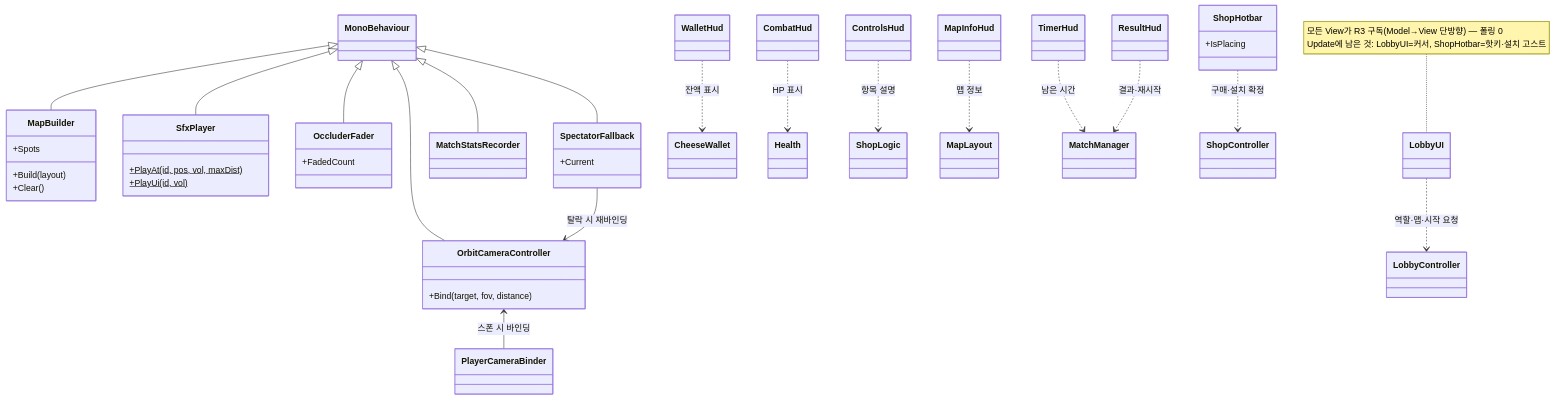
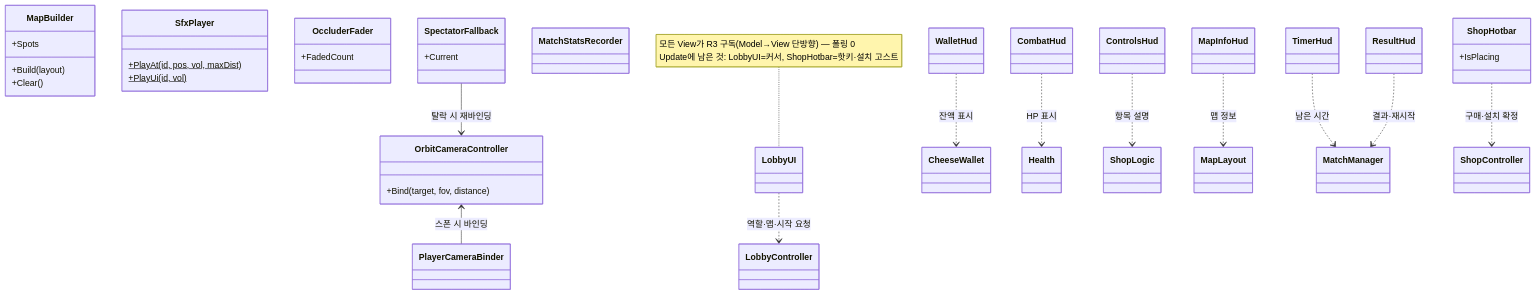
One commit to JeahanPark/The-Cheese-Thief-and-the-Cat changed the seventh of 10 diagrams in CTC/docs/design-vault/코드 다이어그램.md. Above: the diagram before and after it, drawn with Mermaid. The commit also changed other lines of this file and 1 other file, not shown here.

First line of the commit message:
docs(vault): 다이어그램 글자가 작아 안 보이던 문제 — 축소 대신 가로 스크롤

````diff
--- a/CTC/docs/design-vault/코드 다이어그램.md
+++ b/CTC/docs/design-vault/코드 다이어그램.md
@@ -188,55 +177,48 @@
 ```mermaid
 classDiagram
     direction TB
 
     class MapBuilder {
         +Build(layout)
         +Clear()
         +Spots
     }
     class SfxPlayer {
         +PlayAt(id, pos, vol, maxDist)$
         +PlayUi(id, vol)$
     }
     class OccluderFader {
         +FadedCount
     }
     class SpectatorFallback {
         +Current
     }
     class MatchStatsRecorder
     class OrbitCameraController {
         +Bind(target, fov, distance)
     }
 
     class LobbyUI
     class WalletHud
     class CombatHud
     class ControlsHud
     class MapInfoHud
     class TimerHud
     class ResultHud
     class ShopHotbar {
         +IsPlacing
     }
 
-    MonoBehaviour <|-- MapBuilder
-    MonoBehaviour <|-- SfxPlayer
-    MonoBehaviour <|-- OccluderFader
-    MonoBehaviour <|-- SpectatorFallback
-    MonoBehaviour <|-- MatchStatsRecorder
-    MonoBehaviour <|-- OrbitCameraController
-
     LobbyUI ..> LobbyController : 역할·맵·시작 요청
     WalletHud ..> CheeseWallet : 잔액 표시
     CombatHud ..> Health : HP 표시
     ControlsHud ..> ShopLogic : 항목 설명
     MapInfoHud ..> MapLayout : 맵 정보
     TimerHud ..> MatchManager : 남은 시간
     ResultHud ..> MatchManager : 결과·재시작
     ShopHotbar ..> ShopController : 구매·설치 확정
     OrbitCameraController <-- PlayerCameraBinder : 스폰 시 바인딩
     SpectatorFallback --> OrbitCameraController : 탈락 시 재바인딩
 
     note for LobbyUI "모든 View가 R3 구독(Model→View 단방향) — 폴링 0<br/>Update에 남은 것: LobbyUI=커서, ShopHotbar=핫키·설치 고스트"
 ```
````
